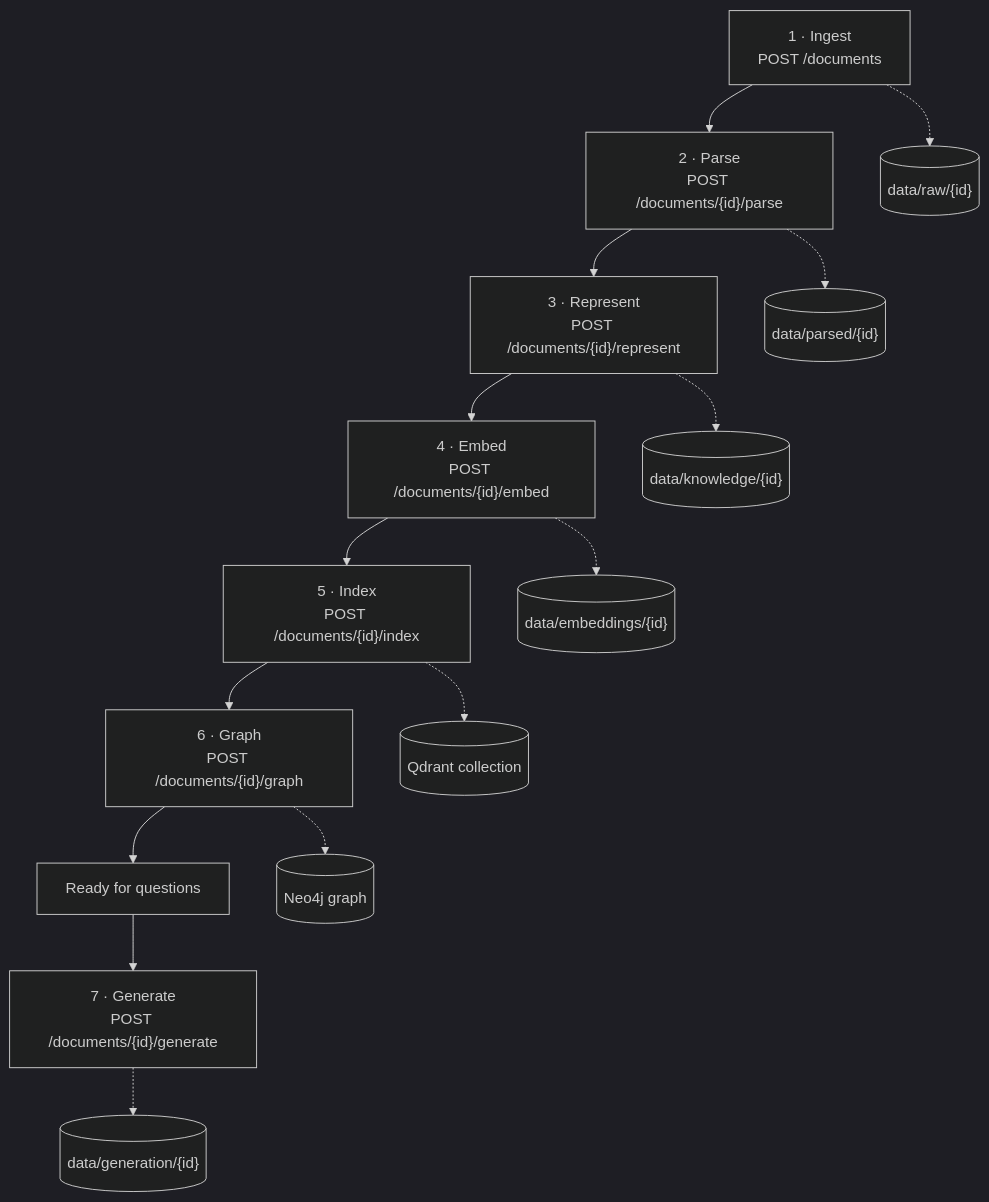
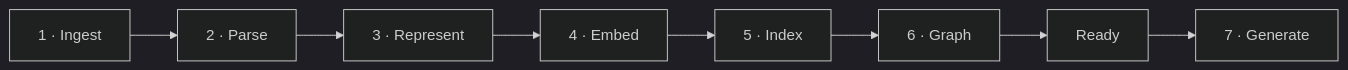
The second of 2 diagrams in README.md (nocapgaurav/knowledge-infused-multimodal-rag), drawn with Mermaid (dark theme) before and after one commit. The commit also changed other lines of this file, not shown here.

````diff
--- a/README.md
+++ b/README.md
@@ -150,18 +129,10 @@
 ```mermaid
-flowchart TD
-    A["1 · Ingest<br/>POST /documents"] --> B["2 · Parse<br/>POST /documents/{id}/parse"]
-    B --> C["3 · Represent<br/>POST /documents/{id}/represent"]
-    C --> D["4 · Embed<br/>POST /documents/{id}/embed"]
-    D --> E["5 · Index<br/>POST /documents/{id}/index"]
-    E --> F["6 · Graph<br/>POST /documents/{id}/graph"]
-    F --> G["Ready for questions"]
-    G --> H["7 · Generate<br/>POST /documents/{id}/generate"]
-
-    A -.-> A1[("data/raw/{id}")]
-    B -.-> B1[("data/parsed/{id}")]
-    C -.-> C1[("data/knowledge/{id}")]
-    D -.-> D1[("data/embeddings/{id}")]
-    E -.-> E1[("Qdrant collection")]
-    F -.-> F1[("Neo4j graph")]
-    H -.-> H1[("data/generation/{id}")]
+flowchart LR
+    A["1 · Ingest"] --> B["2 · Parse"]
+    B --> C["3 · Represent"]
+    C --> D["4 · Embed"]
+    D --> E["5 · Index"]
+    E --> F["6 · Graph"]
+    F --> G["Ready"]
+    G --> H["7 · Generate"]
 ```
````
